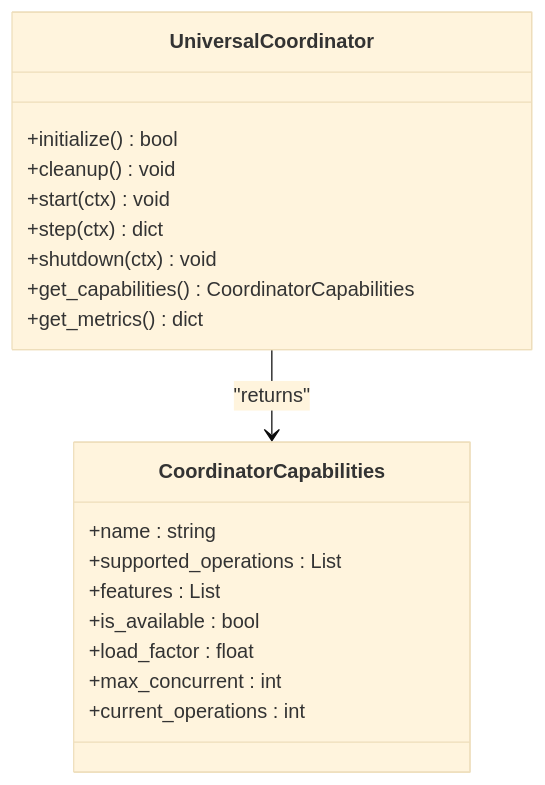
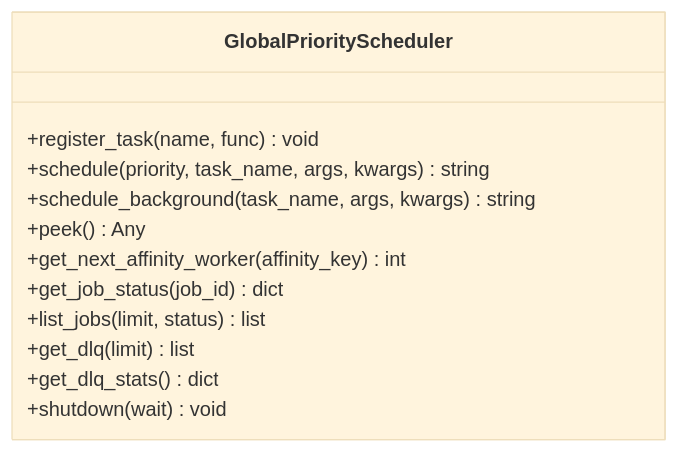
Before and after one commit to Hamulda/hledac-universal: the ninth of 11 diagrams in .qoder/repowiki/en/content/Core Architecture/Core Architecture.md, drawn with Mermaid (base theme). The commit also changed other lines of this file and 236 other files, not shown here.

````diff
--- a/.qoder/repowiki/en/content/Core Architecture/Core Architecture.md
+++ b/.qoder/repowiki/en/content/Core Architecture/Core Architecture.md
@@ -239,22 +322,15 @@
 ```mermaid
 classDiagram
-class UniversalCoordinator {
-+initialize() bool
-+cleanup() void
-+start(ctx) void
-+step(ctx) dict
-+shutdown(ctx) void
-+get_capabilities() CoordinatorCapabilities
-+get_metrics() dict
+class GlobalPriorityScheduler {
++register_task(name, func) void
++schedule(priority, task_name, args, kwargs) string
++schedule_background(task_name, args, kwargs) string
++peek() Any
++get_next_affinity_worker(affinity_key) int
++get_job_status(job_id) dict
++list_jobs(limit, status) list
++get_dlq(limit) list
++get_dlq_stats() dict
++shutdown(wait) void
 }
-class CoordinatorCapabilities {
-+name : string
-+supported_operations : List
-+features : List
-+is_available : bool
-+load_factor : float
-+max_concurrent : int
-+current_operations : int
-}
-UniversalCoordinator --> CoordinatorCapabilities : "returns"
 ```
````
